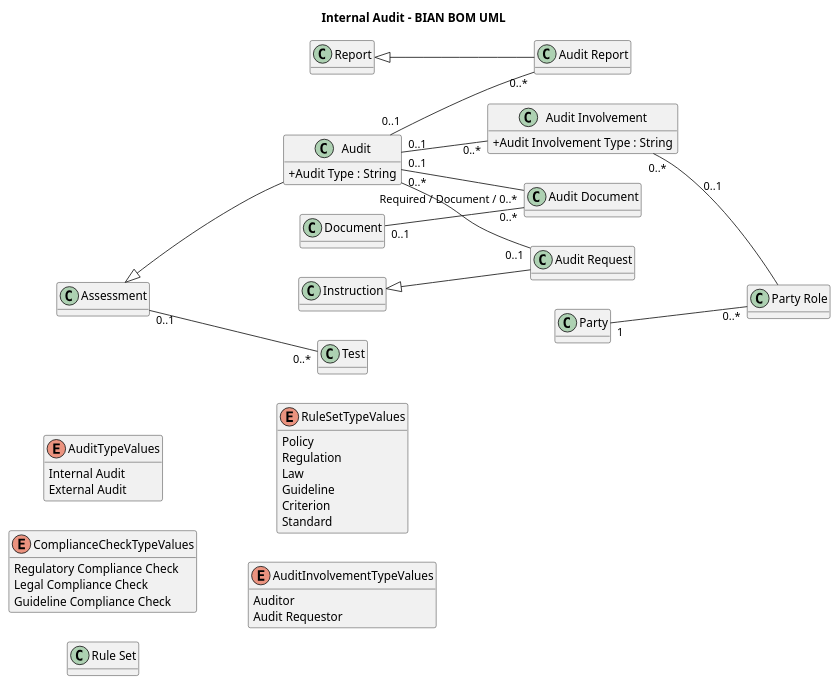
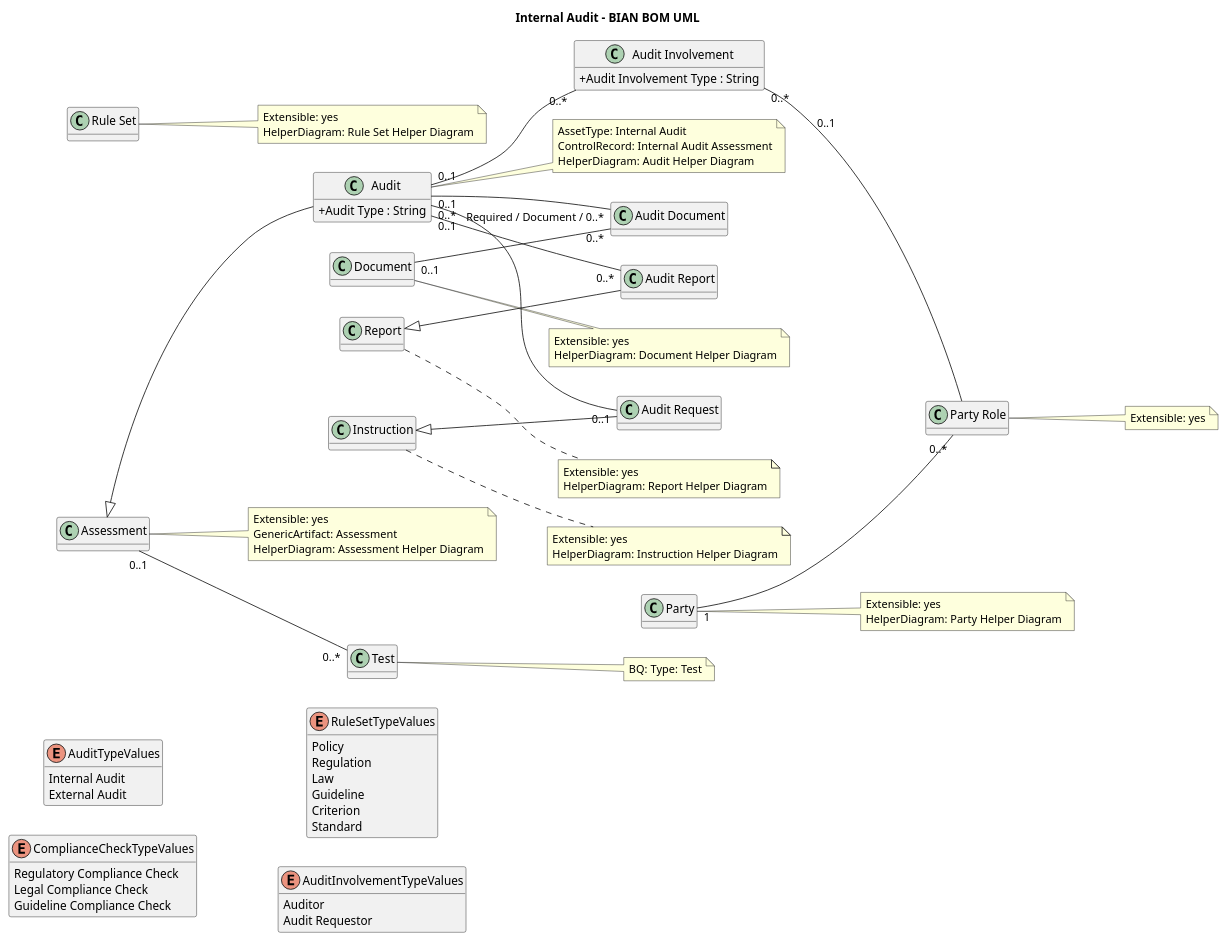
Before and after one commit to aaguerram/generacion_contrato_bian: the diagram in docs/bian-puml/internal-audit.puml, drawn with PlantUML. The commit also changed 257 other files, not shown here.

First line of the commit message:
Anota BQ, AssetType, ControlRecord, GenericArtifact, HelperDiagram, BOMDiagram y Extensible en los .puml a partir del .svg fuente

```diff
--- a/docs/bian-puml/internal-audit.puml
+++ b/docs/bian-puml/internal-audit.puml
@@ -1,91 +1,142 @@
 @startuml
 title Internal Audit - BIAN BOM UML
 ' Generated from BIAN diagram for machine-readable context
 ' Service Domain: Internal Audit
 ' Source image: internal-audit-bom-uml.svg
 ' BIAN source: https://bian.org/servicelandscape-14-0-0/views/view_52076.html
 ' Extraction: SVG semantic extraction
+' Annotation legend (notes linked to a class via an SVG connector line/geometry):
+'   Extensible: yes/no      -> from the class box border color in the SVG:
+'                              red border only (fill #eae8e8 / stroke #c47474) = yes,
+'                              this class's attributes MAY be pulled into this
+'                              diagram from its owning Service Domain if needed;
+'                              fully red (fill #ff8080 / stroke #d91616) = no,
+'                              extending it is not allowed. Absent = plain
+'                              class (fill #ffffff / stroke #d9d9d9), not part
+'                              of this distinction.
+'   BQ: <name>              -> Behavior Qualifier note linked to this class
+'   AssetType: <name>       -> AssetType note linked to this class
+'   ControlRecord: <name>   -> ControlRecord note linked to this class
+'   GenericArtifact: <name> -> GenericArtifact note linked to this class
+'   HelperDiagram: <name>   -> local BOM helper-diagram box named "<Class> Helper Diagram"
+'   BOMDiagram: <name>      -> cross-service-domain BOM diagram box named "<Class> BOM Diagram"
 hide methods
 skinparam classAttributeIconSize 0
 left to right direction
 
 class "Audit" as N74033 {
   + Audit Type : String
 }
+note right of N74033
+  AssetType: Internal Audit
+  ControlRecord: Internal Audit Assessment
+  HelperDiagram: Audit Helper Diagram
+end note
 
 class "Assessment" as N74050 {
 }
+note right of N74050
+  Extensible: yes
+  GenericArtifact: Assessment
+  HelperDiagram: Assessment Helper Diagram
+end note
 
 class "Test" as N74030 {
 }
+note right of N74030
+  BQ: Type: Test
+end note
 
 enum "AuditTypeValues" as N74066 {
   Internal Audit
   External Audit
   Internal Revenue Service (IRS) Audit
 }
 
 class "Audit Report" as N74123 {
 }
 
 class "Report" as N74088 {
 }
+note right of N74088
+  Extensible: yes
+  HelperDiagram: Report Helper Diagram
+end note
 
 class "Audit Document" as N74125 {
 }
 
 class "Document" as N74085 {
 }
+note right of N74085
+  Extensible: yes
+  HelperDiagram: Document Helper Diagram
+end note
 
 enum "ComplianceCheckTypeValues" as N74146 {
   Regulatory Compliance Check
   Legal Compliance Check
   Guideline Compliance Check
 }
 
 class "Rule Set" as N74065 {
 }
+note right of N74065
+  Extensible: yes
+  HelperDiagram: Rule Set Helper Diagram
+end note
 
 enum "RuleSetTypeValues" as N74142 {
   Policy
   Regulation
   Law
   Guideline
   Criterion
   Standard
 }
 
 class "Audit Request" as N74149 {
 }
 
 class "Instruction" as N74058 {
 }
+note right of N74058
+  Extensible: yes
+  HelperDiagram: Instruction Helper Diagram
+end note
 
 class "Audit Involvement" as N74099 {
   + Audit Involvement Type : String
 }
 
 class "Party Role" as N74063 {
 }
+note right of N74063
+  Extensible: yes
+end note
 
 class "Party" as N74159 {
 }
+note right of N74159
+  Extensible: yes
+  HelperDiagram: Party Helper Diagram
+end note
 
 enum "AuditInvolvementTypeValues" as N74152 {
   Auditor
   Audit Requestor
 }
 
 ' Relationships
 N74050 <|-- N74033
 N74050 "0..1" -- "0..*" N74030
 N74033 "0..1" -- "0..*" N74123
 N74088 <|-- N74123
 N74033 "0..1" -- "Required / Document / 0..*" N74125
 N74085 "0..1" -- "0..*" N74125
 N74033 "0..*" -- "0..1" N74149
 N74058 <|-- N74149
 N74033 "0..1" -- "0..*" N74099
 N74099 "0..*" -- N74063 : 0..1
 N74159 "1" -- "0..*" N74063
 @enduml
```
